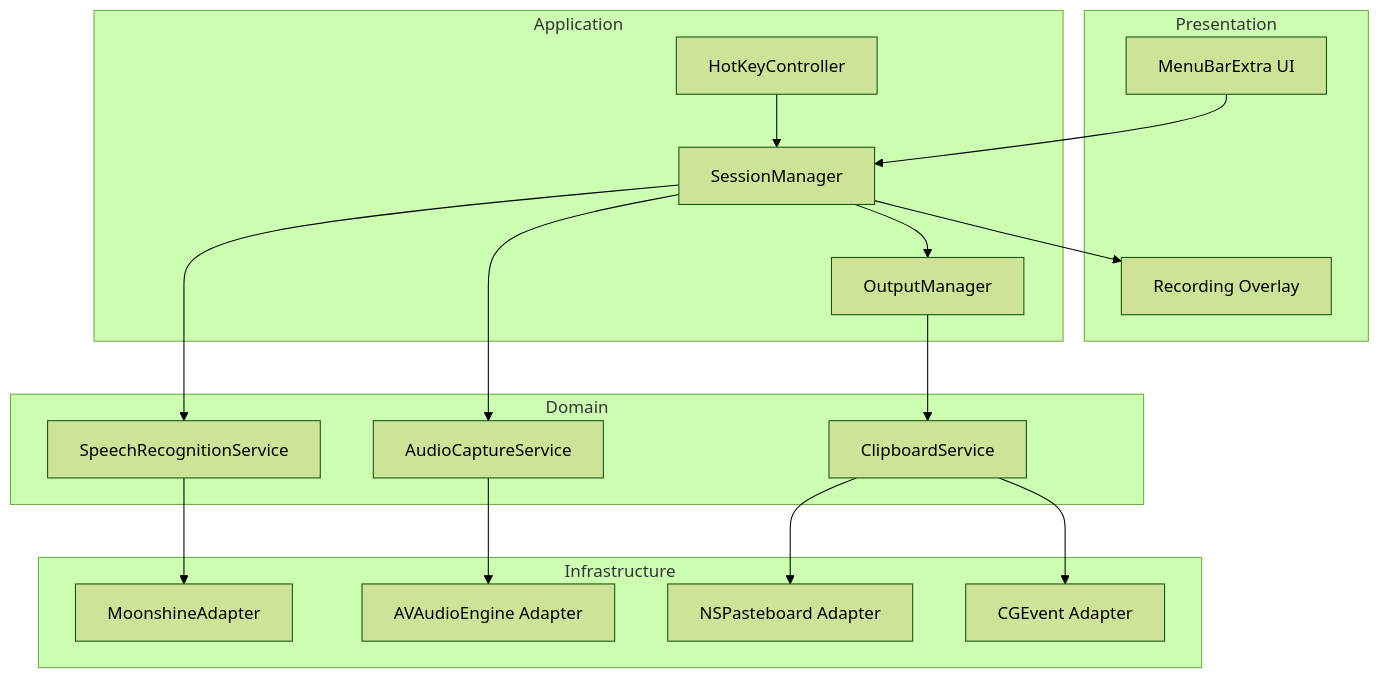
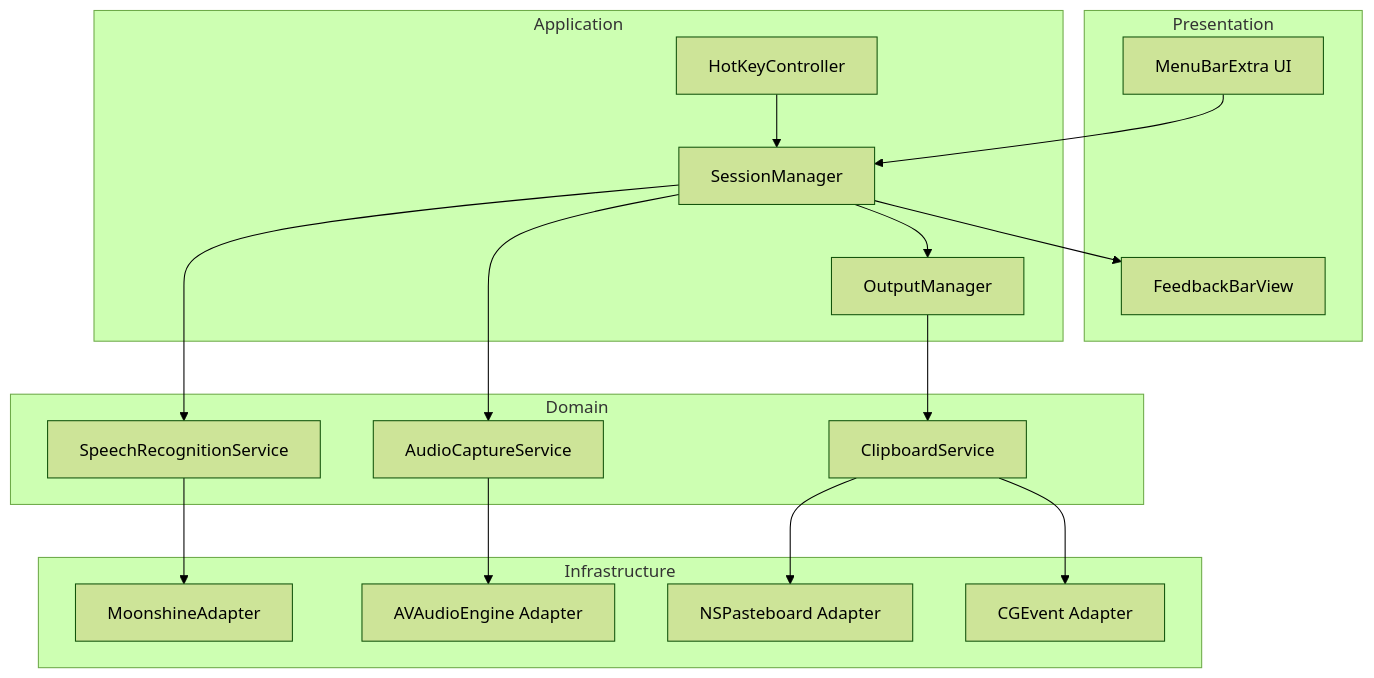
Before and after one commit to ryosuke-horie/kuchibi: the first of 4 diagrams in .kiro/specs/macos-voice-input-client/design.md, drawn with Mermaid (forest theme). The commit also changed other lines of this file and 2 other files, not shown here.

````diff
--- a/.kiro/specs/macos-voice-input-client/design.md
+++ b/.kiro/specs/macos-voice-input-client/design.md
@@ -32,38 +32,38 @@
 ```mermaid
 graph TB
     subgraph Presentation
         MenuBar[MenuBarExtra UI]
-        Overlay[Recording Overlay]
+        FeedbackBar[FeedbackBarView]
     end
 
     subgraph Application
         SessionMgr[SessionManager]
         HotKeyCtrl[HotKeyController]
         OutputMgr[OutputManager]
     end
 
     subgraph Domain
         AudioCapture[AudioCaptureService]
         SpeechRecog[SpeechRecognitionService]
         ClipboardSvc[ClipboardService]
     end
 
     subgraph Infrastructure
         MoonshineAdapter[MoonshineAdapter]
         MicAdapter[AVAudioEngine Adapter]
         PasteboardAdapter[NSPasteboard Adapter]
         KeyEventAdapter[CGEvent Adapter]
     end
 
     MenuBar --> SessionMgr
     HotKeyCtrl --> SessionMgr
     SessionMgr --> AudioCapture
     SessionMgr --> SpeechRecog
     SessionMgr --> OutputMgr
-    SessionMgr --> Overlay
+    SessionMgr --> FeedbackBar
     OutputMgr --> ClipboardSvc
     AudioCapture --> MicAdapter
     SpeechRecog --> MoonshineAdapter
     ClipboardSvc --> PasteboardAdapter
     ClipboardSvc --> KeyEventAdapter
 ```
````
